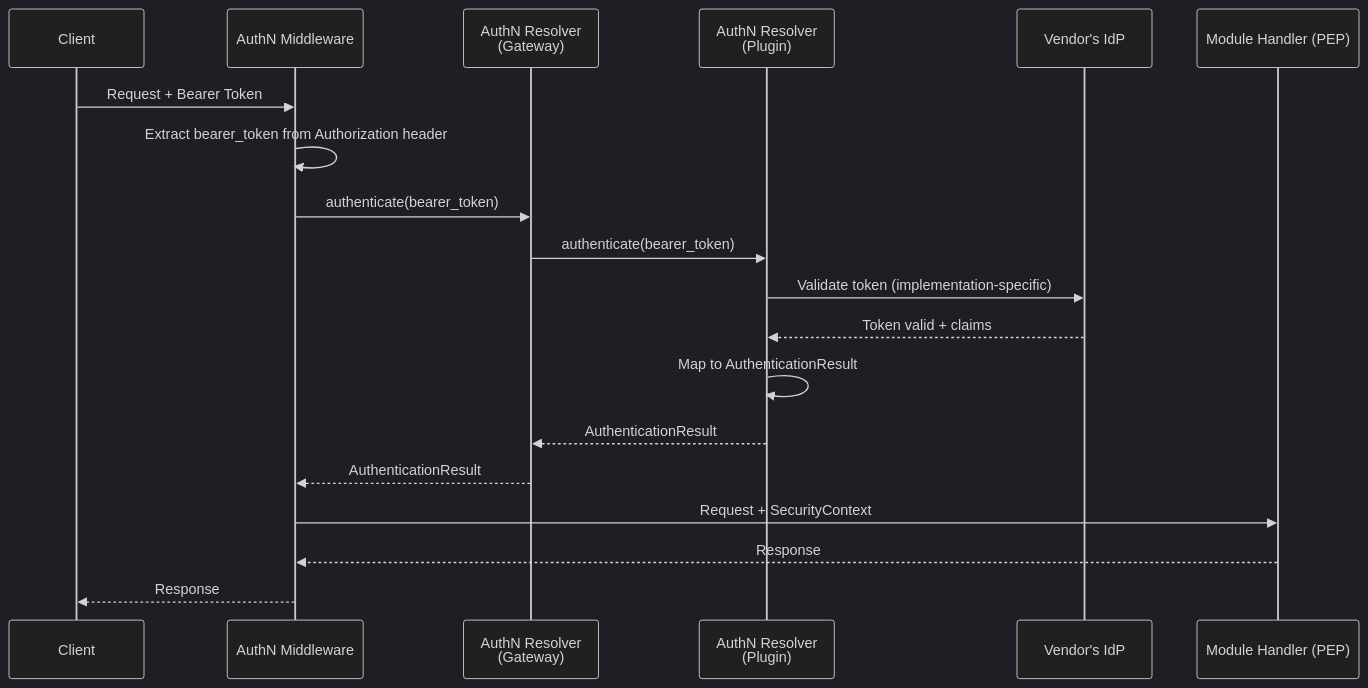
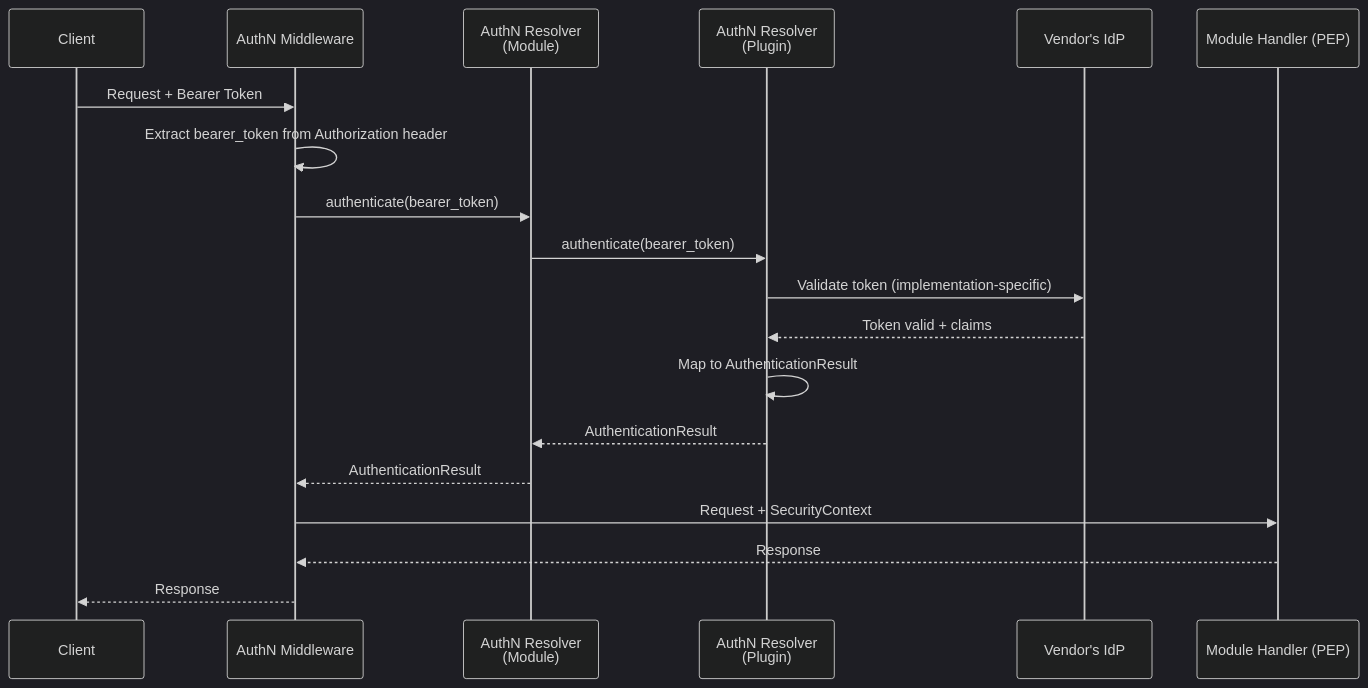
One commit to hypernetix/hyperspot changed the third of 4 diagrams in docs/arch/authorization/DESIGN.md. Above: the diagram before and after it, drawn with Mermaid (dark theme). The commit also changed other lines of this file and 87 other files, not shown here.

````diff
--- a/docs/arch/authorization/DESIGN.md
+++ b/docs/arch/authorization/DESIGN.md
@@ -409,22 +409,22 @@
 ```mermaid
 sequenceDiagram
     participant Client
     participant Middleware as AuthN Middleware
-    participant Gateway as AuthN Resolver<br/>(Gateway)
+    participant Resolver as AuthN Resolver<br/>(Module)
     participant Plugin as AuthN Resolver<br/>(Plugin)
     participant IdP as Vendor's IdP
     participant Handler as Module Handler (PEP)
 
     Client->>Middleware: Request + Bearer Token
     Middleware->>Middleware: Extract bearer_token from Authorization header
-    Middleware->>Gateway: authenticate(bearer_token)
-    Gateway->>Plugin: authenticate(bearer_token)
+    Middleware->>Resolver: authenticate(bearer_token)
+    Resolver->>Plugin: authenticate(bearer_token)
     Plugin->>IdP: Validate token (implementation-specific)
     IdP-->>Plugin: Token valid + claims
     Plugin->>Plugin: Map to AuthenticationResult
-    Plugin-->>Gateway: AuthenticationResult
-    Gateway-->>Middleware: AuthenticationResult
+    Plugin-->>Resolver: AuthenticationResult
+    Resolver-->>Middleware: AuthenticationResult
     Middleware->>Handler: Request + SecurityContext
     Handler-->>Middleware: Response
     Middleware-->>Client: Response
 ```
````
